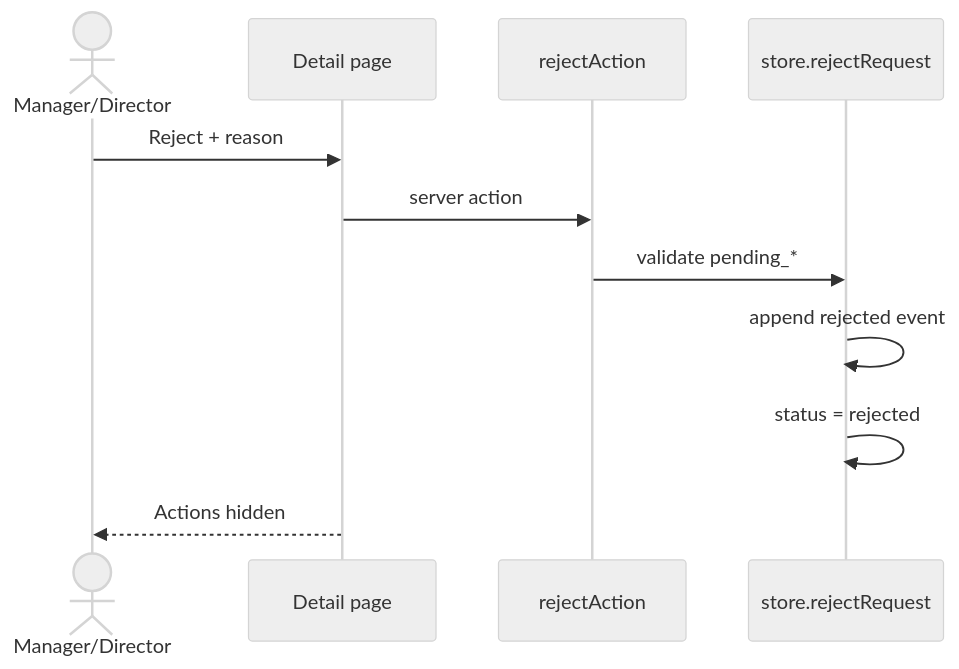
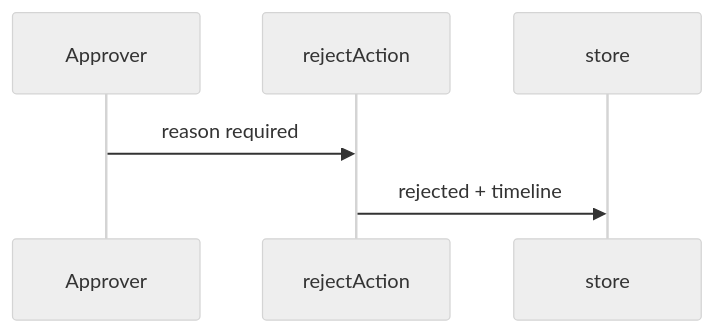
The second of 3 diagrams in docs/07-sequence-flows.md (jah-guide/flowgate), drawn with Mermaid (neutral theme) before and after one commit. The commit also changed other lines of this file and 1 other file, not shown here.

Commit message:
docs: streamline data model and sequence flows

````diff
--- a/docs/07-sequence-flows.md
+++ b/docs/07-sequence-flows.md
@@ -80,14 +36,9 @@
 ```mermaid
 sequenceDiagram
-  actor M as Manager/Director
-  participant UI as Detail page
+  participant U as Approver
   participant SA as rejectAction
-  participant ST as store.rejectRequest
+  participant ST as store
 
-  M->>UI: Reject + reason
-  UI->>SA: server action
-  SA->>ST: validate pending_* 
-  ST->>ST: append rejected event
-  ST->>ST: status = rejected
-  UI-->>M: Actions hidden
+  U->>SA: reason required
+  SA->>ST: rejected + timeline
 ```
````
